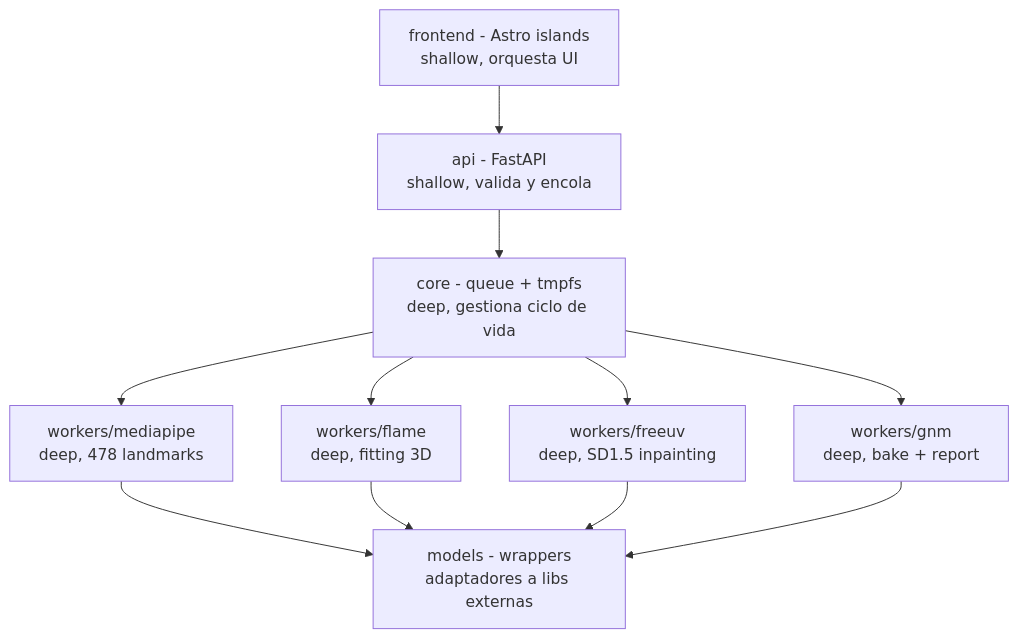
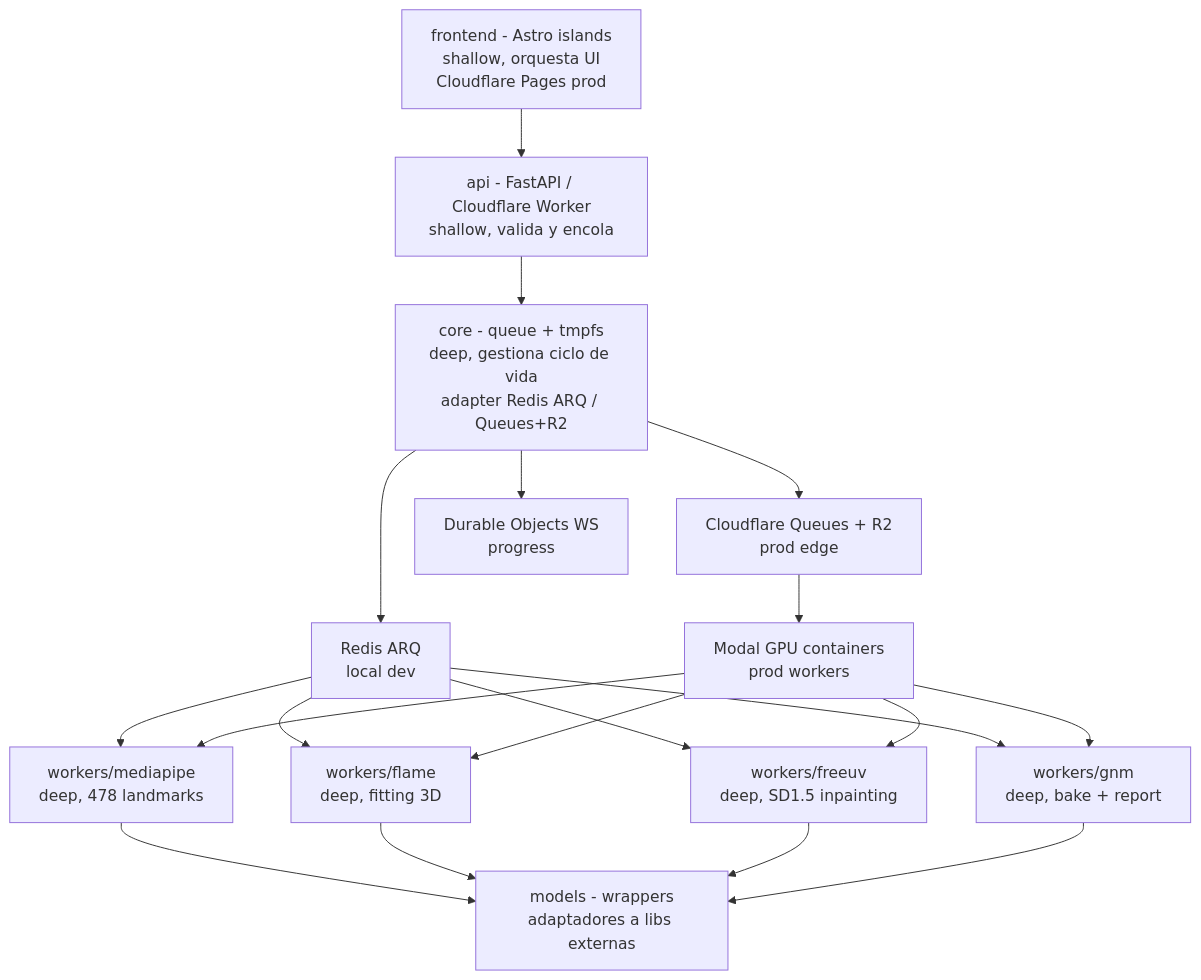
Before and after one commit to dinoesau/vultus: the first of 2 diagrams in ARCHITECTURE.md, drawn with Mermaid. The commit also changed other lines of this file and 7 other files, not shown here.

First line of the commit message:
feat(infra): adopt Cloudflare + Modal hybrid infrastructure

````diff
--- a/ARCHITECTURE.md
+++ b/ARCHITECTURE.md
@@ -46,16 +49,25 @@
 ```mermaid
 graph TD
-    API[api - FastAPI<br/>shallow, valida y encola]
-    CORE[core - queue + tmpfs<br/>deep, gestiona ciclo de vida]
+    FE[frontend - Astro islands<br/>shallow, orquesta UI<br/>Cloudflare Pages prod]
+    API[api - FastAPI / Cloudflare Worker<br/>shallow, valida y encola]
+    CORE[core - queue + tmpfs<br/>deep, gestiona ciclo de vida<br/>adapter Redis ARQ / Queues+R2]
+    CFQ[Cloudflare Queues + R2<br/>prod edge]
+    REDIS[Redis ARQ<br/>local dev]
+    MO[Modal GPU containers<br/>prod workers]
     W1[workers/mediapipe<br/>deep, 478 landmarks]
     W2[workers/flame<br/>deep, fitting 3D]
     W3[workers/freeuv<br/>deep, SD1.5 inpainting]
     W4[workers/gnm<br/>deep, bake + report]
     MODELS[models - wrappers<br/>adaptadores a libs externas]
-    FE[frontend - Astro islands<br/>shallow, orquesta UI]
+    DO[Durable Objects WS<br/>progress]
 
     FE --> API
     API --> CORE
-    CORE --> W1 & W2 & W3 & W4
+    CORE --> CFQ
+    CORE --> REDIS
+    CORE --> DO
+    CFQ --> MO
+    REDIS --> W1 & W2 & W3 & W4
+    MO --> W1 & W2 & W3 & W4
     W1 & W2 & W3 & W4 --> MODELS
 ```
````
